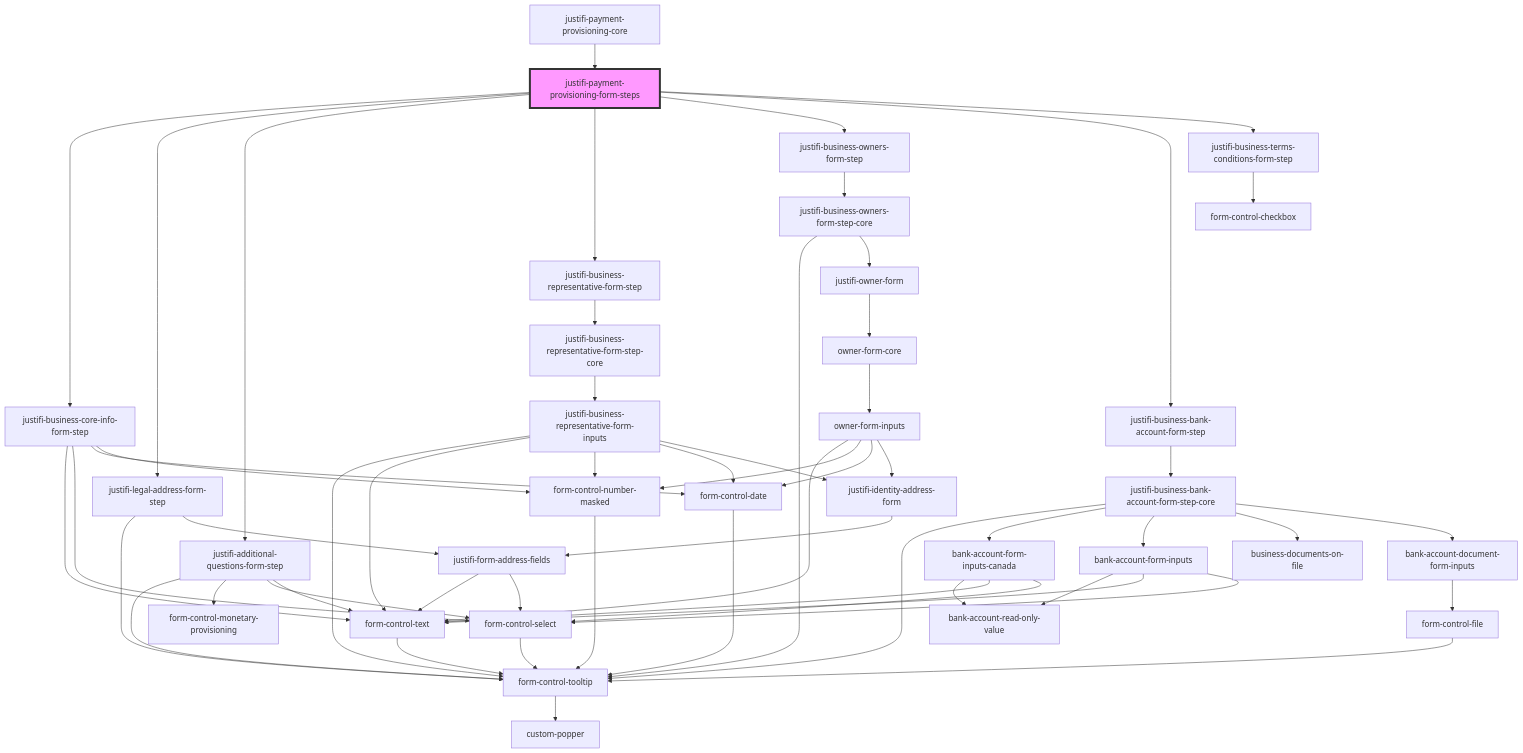
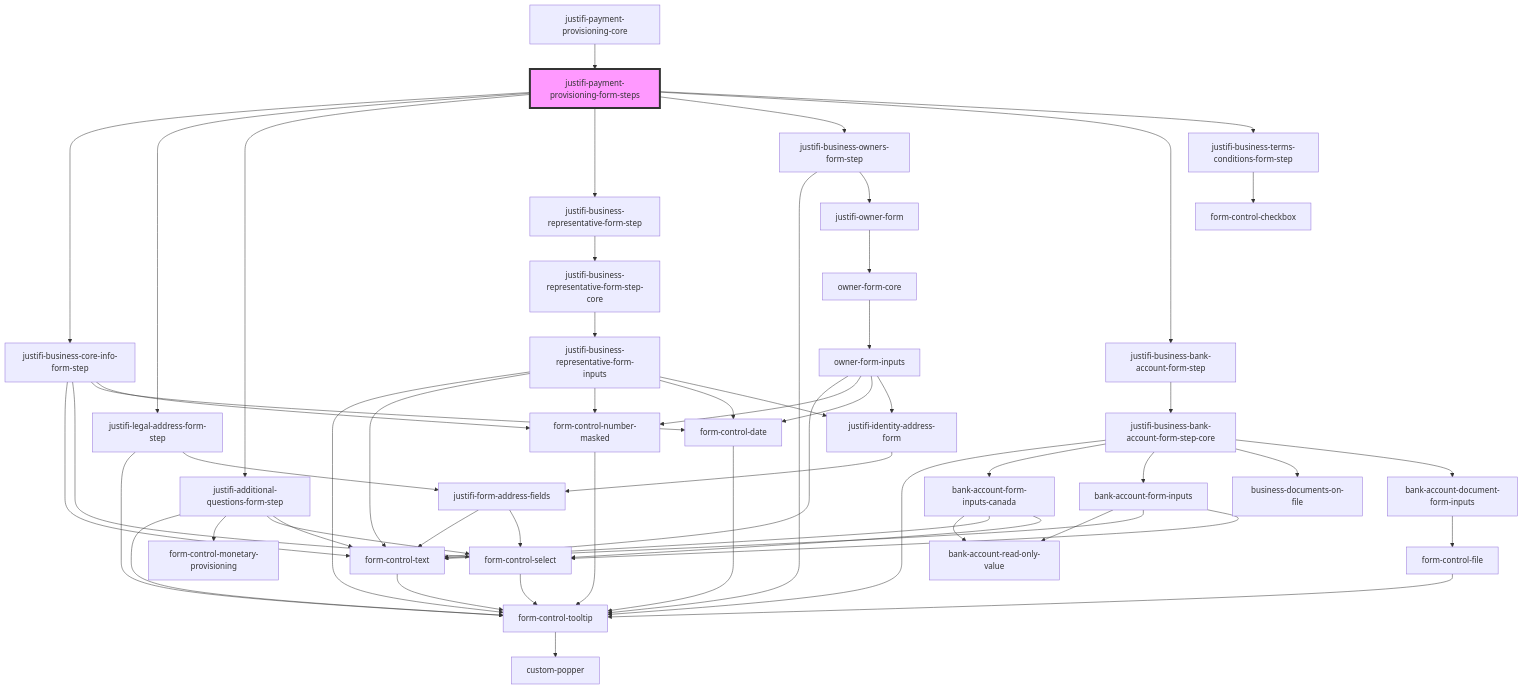
One commit to justifi-tech/web-component-library changed the diagram in packages/webcomponents/src/components/business-forms/payment-provisioning/readme.md. Above: the diagram before and after it, drawn with Mermaid. The commit also changed 7 other files, not shown here.

Commit message:
Remove business owners core component

````diff
--- a/packages/webcomponents/src/components/business-forms/payment-provisioning/readme.md
+++ b/packages/webcomponents/src/components/business-forms/payment-provisioning/readme.md
@@ -36,61 +36,60 @@
 ```mermaid
 graph TD;
   justifi-payment-provisioning-form-steps --> justifi-business-core-info-form-step
   justifi-payment-provisioning-form-steps --> justifi-legal-address-form-step
   justifi-payment-provisioning-form-steps --> justifi-additional-questions-form-step
   justifi-payment-provisioning-form-steps --> justifi-business-representative-form-step
   justifi-payment-provisioning-form-steps --> justifi-business-owners-form-step
   justifi-payment-provisioning-form-steps --> justifi-business-bank-account-form-step
   justifi-payment-provisioning-form-steps --> justifi-business-terms-conditions-form-step
   justifi-business-core-info-form-step --> form-control-text
   justifi-business-core-info-form-step --> form-control-select
   justifi-business-core-info-form-step --> form-control-date
   justifi-business-core-info-form-step --> form-control-number-masked
   form-control-text --> form-control-tooltip
   form-control-tooltip --> custom-popper
   form-control-select --> form-control-tooltip
   form-control-date --> form-control-tooltip
   form-control-number-masked --> form-control-tooltip
   justifi-legal-address-form-step --> form-control-tooltip
   justifi-legal-address-form-step --> justifi-form-address-fields
   justifi-form-address-fields --> form-control-text
   justifi-form-address-fields --> form-control-select
   justifi-additional-questions-form-step --> form-control-tooltip
   justifi-additional-questions-form-step --> form-control-monetary-provisioning
   justifi-additional-questions-form-step --> form-control-select
   justifi-additional-questions-form-step --> form-control-text
   justifi-business-representative-form-step --> justifi-business-representative-form-step-core
   justifi-business-representative-form-step-core --> justifi-business-representative-form-inputs
   justifi-business-representative-form-inputs --> form-control-tooltip
   justifi-business-representative-form-inputs --> form-control-text
   justifi-business-representative-form-inputs --> form-control-number-masked
   justifi-business-representative-form-inputs --> form-control-date
   justifi-business-representative-form-inputs --> justifi-identity-address-form
   justifi-identity-address-form --> justifi-form-address-fields
-  justifi-business-owners-form-step --> justifi-business-owners-form-step-core
-  justifi-business-owners-form-step-core --> form-control-tooltip
-  justifi-business-owners-form-step-core --> justifi-owner-form
+  justifi-business-owners-form-step --> form-control-tooltip
+  justifi-business-owners-form-step --> justifi-owner-form
   justifi-owner-form --> owner-form-core
   owner-form-core --> owner-form-inputs
   owner-form-inputs --> form-control-text
   owner-form-inputs --> form-control-number-masked
   owner-form-inputs --> form-control-date
   owner-form-inputs --> justifi-identity-address-form
   justifi-business-bank-account-form-step --> justifi-business-bank-account-form-step-core
   justifi-business-bank-account-form-step-core --> form-control-tooltip
   justifi-business-bank-account-form-step-core --> bank-account-form-inputs-canada
   justifi-business-bank-account-form-step-core --> bank-account-form-inputs
   justifi-business-bank-account-form-step-core --> business-documents-on-file
   justifi-business-bank-account-form-step-core --> bank-account-document-form-inputs
   bank-account-form-inputs-canada --> bank-account-read-only-value
   bank-account-form-inputs-canada --> form-control-text
   bank-account-form-inputs-canada --> form-control-select
   bank-account-form-inputs --> bank-account-read-only-value
   bank-account-form-inputs --> form-control-text
   bank-account-form-inputs --> form-control-select
   bank-account-document-form-inputs --> form-control-file
   form-control-file --> form-control-tooltip
   justifi-business-terms-conditions-form-step --> form-control-checkbox
   justifi-payment-provisioning-core --> justifi-payment-provisioning-form-steps
   style justifi-payment-provisioning-form-steps fill:#f9f,stroke:#333,stroke-width:4px
 ```
````
